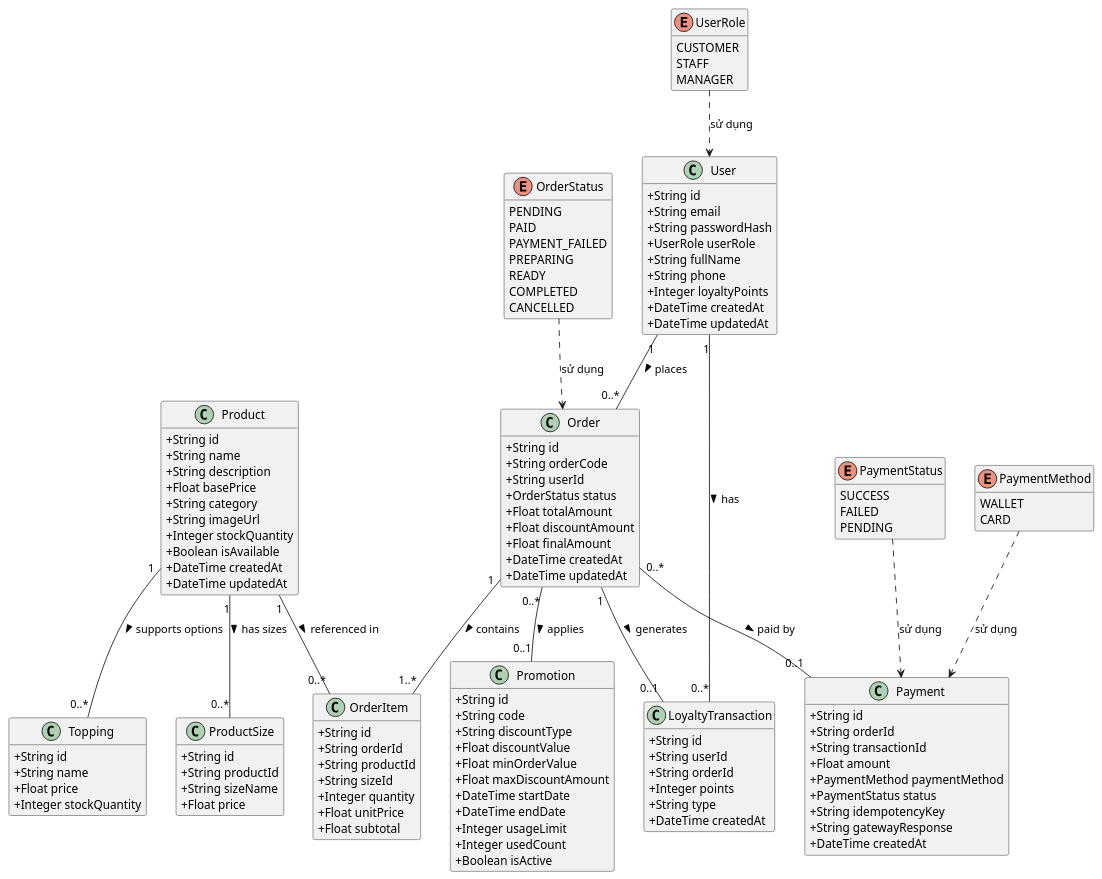
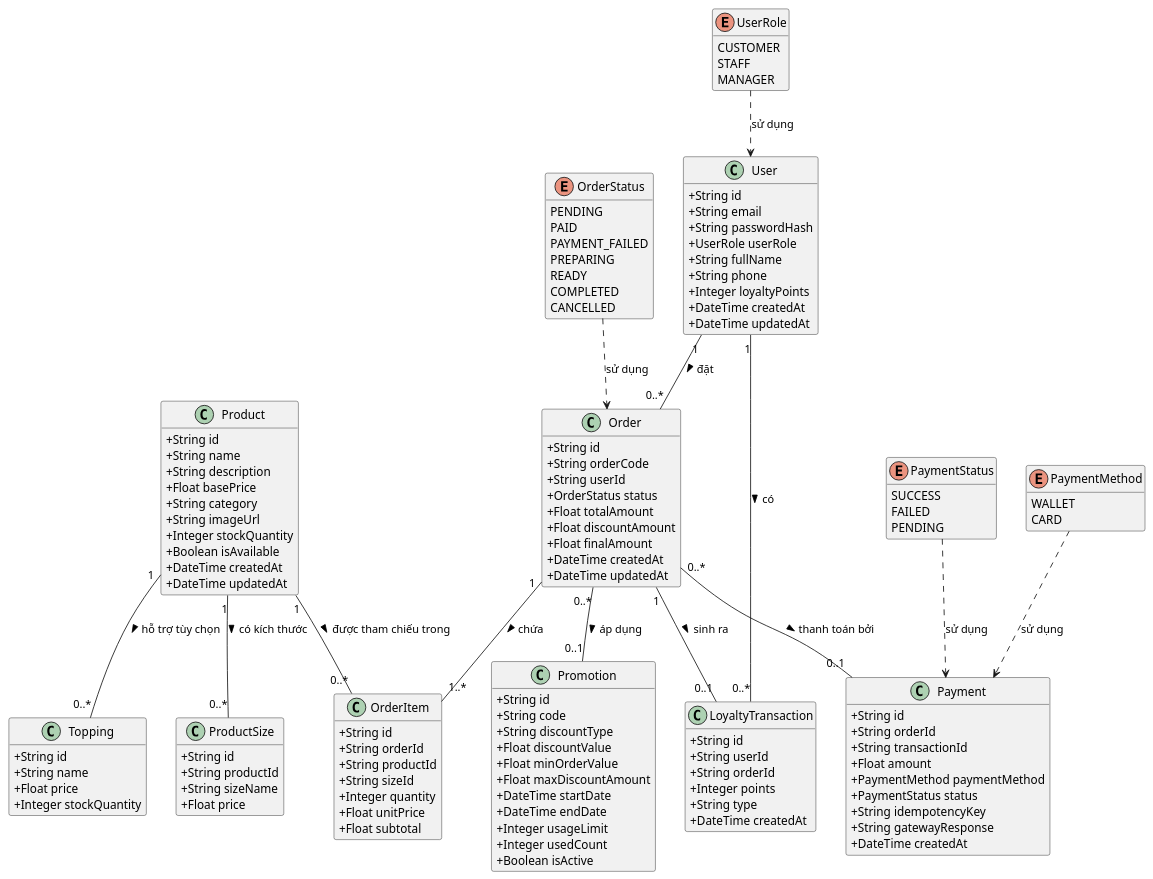
One commit to lmhau68/BrewLite2 changed the diagram in docs/diagrams/class-diagram.puml. Above: the diagram before and after it, drawn with PlantUML. The commit also changed 1 other file, not shown here.

Commit message:
docs: cập nhật class diagram tiếng việt

```diff
--- a/docs/diagrams/class-diagram.puml
+++ b/docs/diagrams/class-diagram.puml
@@ -1,147 +1,147 @@
 @startuml class-diagram
 skinparam classAttributeIconSize 0
 hide methods
 
 ' Định nghĩa các Enum
 enum OrderStatus {
     PENDING
     PAID
     PAYMENT_FAILED
     PREPARING
     READY
     COMPLETED
     CANCELLED
 }
 
 enum PaymentMethod {
     WALLET
     CARD
 }
 
 enum PaymentStatus {
     SUCCESS
     FAILED
     PENDING
 }
 
 enum UserRole {
     CUSTOMER
     STAFF
     MANAGER
 }
 
 ' Định nghĩa các Class
 class User {
     +String id
     +String email
     +String passwordHash
     +UserRole userRole
     +String fullName
     +String phone
     +Integer loyaltyPoints
     +DateTime createdAt
     +DateTime updatedAt
 }
 
 class Product {
     +String id
     +String name
     +String description
     +Float basePrice
     +String category
     +String imageUrl
     +Integer stockQuantity
     +Boolean isAvailable
     +DateTime createdAt
     +DateTime updatedAt
 }
 
 class ProductSize {
     +String id
     +String productId
     +String sizeName
     +Float price
 }
 
 class Topping {
     +String id
     +String name
     +Float price
     +Integer stockQuantity
 }
 
 class Order {
     +String id
     +String orderCode
     +String userId
     +OrderStatus status
     +Float totalAmount
     +Float discountAmount
     +Float finalAmount
     +DateTime createdAt
     +DateTime updatedAt
 }
 
 class OrderItem {
     +String id
     +String orderId
     +String productId
     +String sizeId
     +Integer quantity
     +Float unitPrice
     +Float subtotal
 }
 
 class Payment {
     +String id
     +String orderId
     +String transactionId
     +Float amount
     +PaymentMethod paymentMethod
     +PaymentStatus status
     +String idempotencyKey
     +String gatewayResponse
     +DateTime createdAt
 }
 
 class Promotion {
     +String id
     +String code
     +String discountType
     +Float discountValue
     +Float minOrderValue
     +Float maxDiscountAmount
     +DateTime startDate
     +DateTime endDate
     +Integer usageLimit
     +Integer usedCount
     +Boolean isActive
 }
 
 class LoyaltyTransaction {
     +String id
     +String userId
     +String orderId
     +Integer points
     +String type
     +DateTime createdAt
 }
 
 ' Liên kết Enum với các Class sử dụng chúng
 OrderStatus ..> Order : sử dụng
 PaymentMethod ..> Payment : sử dụng
 PaymentStatus ..> Payment : sử dụng
 UserRole ..> User : sử dụng
 
 ' Quan hệ giữa các Class
-User "1" -- "0..*" Order : places >
-User "1" -- "0..*" LoyaltyTransaction : has >
-Order "1" -- "1..*" OrderItem : contains >
-Order "0..*" -- "0..1" Promotion : applies >
-Order "0..*" -- "0..1" Payment : paid by >
-Order "1" -- "0..1" LoyaltyTransaction : generates >
-Product "1" -- "0..*" ProductSize : has sizes >
-Product "1" -- "0..*" Topping : supports options >
-Product "1" -- "0..*" OrderItem : referenced in >
+User "1" -- "0..*" Order : đặt >
+User "1" -- "0..*" LoyaltyTransaction : có >
+Order "1" -- "1..*" OrderItem : chứa >
+Order "0..*" -- "0..1" Promotion : áp dụng >
+Order "0..*" -- "0..1" Payment : thanh toán bởi >
+Order "1" -- "0..1" LoyaltyTransaction : sinh ra >
+Product "1" -- "0..*" ProductSize : có kích thước >
+Product "1" -- "0..*" Topping : hỗ trợ tùy chọn >
+Product "1" -- "0..*" OrderItem : được tham chiếu trong >
 
 @enduml
```
